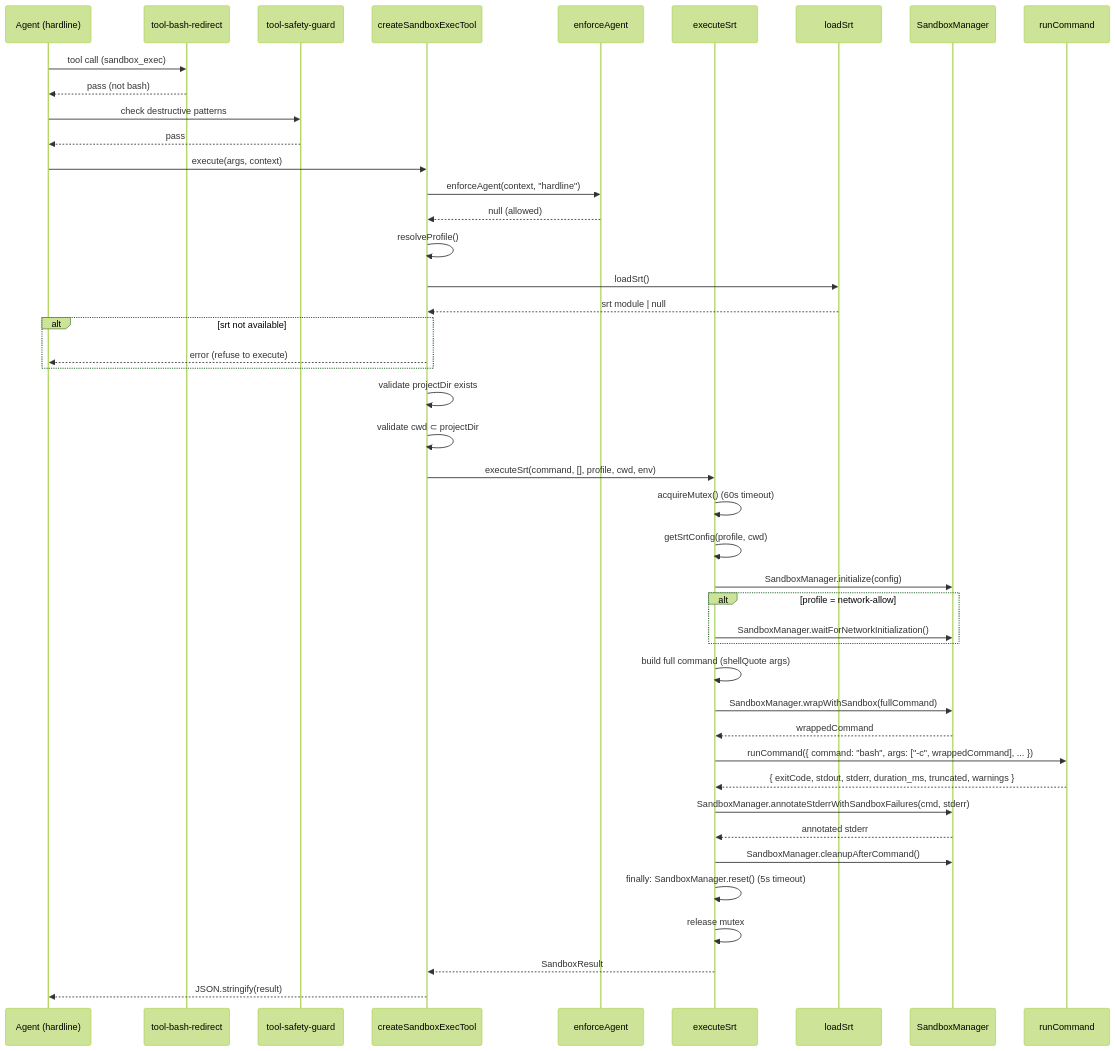
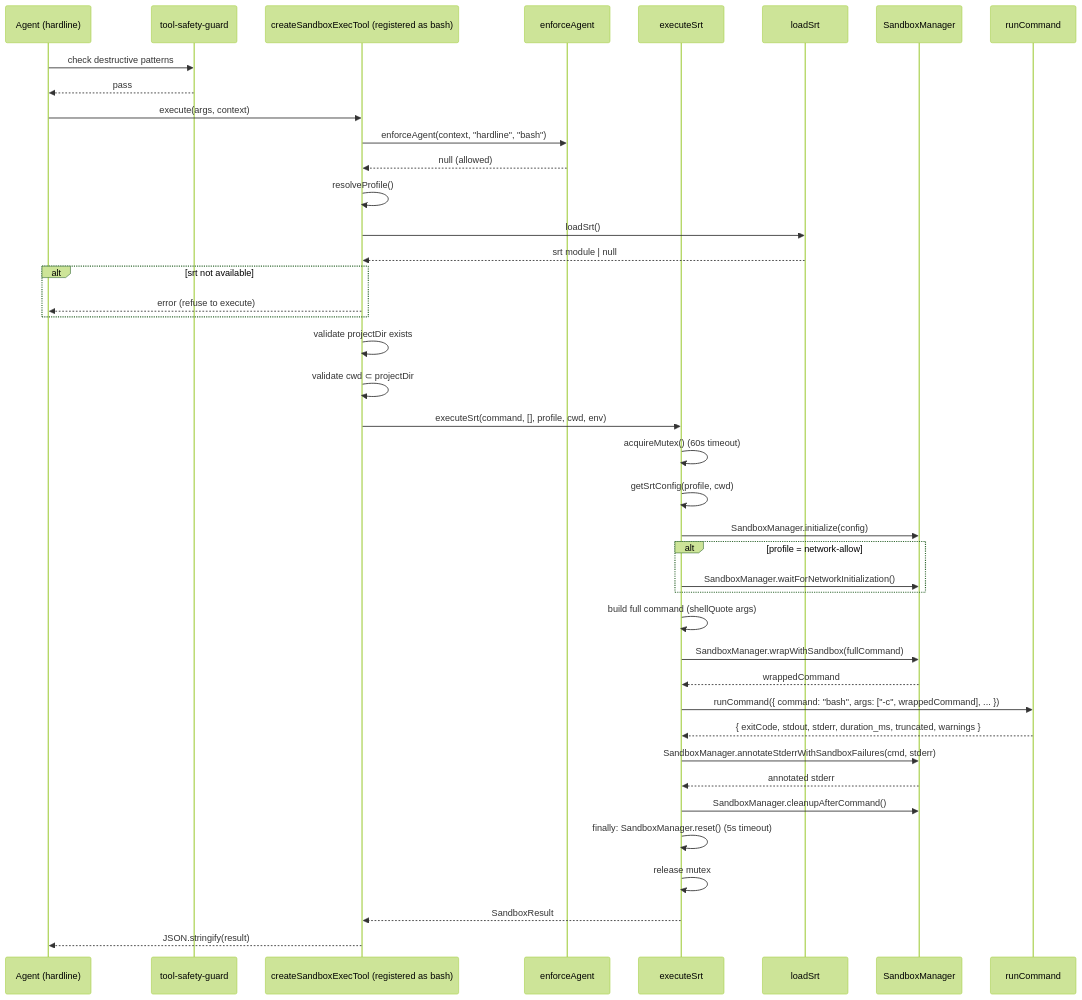
One commit to gitbluf/neurogrid changed the first of 3 diagrams in docs/SANDBOX_ARCHITECTURE.md. Above: the diagram before and after it, drawn with Mermaid (forest theme). The commit also changed other lines of this file and 21 other files, not shown here.

````diff
--- a/docs/SANDBOX_ARCHITECTURE.md
+++ b/docs/SANDBOX_ARCHITECTURE.md
@@ -27,47 +26,44 @@
 ```mermaid
 sequenceDiagram
 	participant Agent as Agent (hardline)
-	participant Hook1 as tool-bash-redirect
 	participant Hook2 as tool-safety-guard
-	participant Tool as createSandboxExecTool
+	participant Tool as createSandboxExecTool (registered as bash)
 	participant Guard as enforceAgent
 	participant SRT as executeSrt
 	participant Loader as loadSrt
 	participant Manager as SandboxManager
 	participant Run as runCommand
 
-	Agent->>Hook1: tool call (sandbox_exec)
-	Hook1-->>Agent: pass (not bash)
 	Agent->>Hook2: check destructive patterns
 	Hook2-->>Agent: pass
 	Agent->>Tool: execute(args, context)
-	Tool->>Guard: enforceAgent(context, "hardline")
+	Tool->>Guard: enforceAgent(context, "hardline", "bash")
 	Guard-->>Tool: null (allowed)
 	Tool->>Tool: resolveProfile()
 	Tool->>Loader: loadSrt()
 	Loader-->>Tool: srt module | null
 	alt srt not available
 		Tool-->>Agent: error (refuse to execute)
 	end
 	Tool->>Tool: validate projectDir exists
 	Tool->>Tool: validate cwd ⊂ projectDir
 	Tool->>SRT: executeSrt(command, [], profile, cwd, env)
 	SRT->>SRT: acquireMutex() (60s timeout)
 	SRT->>SRT: getSrtConfig(profile, cwd)
 	SRT->>Manager: SandboxManager.initialize(config)
 	alt profile = network-allow
 		SRT->>Manager: SandboxManager.waitForNetworkInitialization()
 	end
 	SRT->>SRT: build full command (shellQuote args)
 	SRT->>Manager: SandboxManager.wrapWithSandbox(fullCommand)
 	Manager-->>SRT: wrappedCommand
 	SRT->>Run: runCommand({ command: "bash", args: ["-c", wrappedCommand], ... })
 	Run-->>SRT: { exitCode, stdout, stderr, duration_ms, truncated, warnings }
 	SRT->>Manager: SandboxManager.annotateStderrWithSandboxFailures(cmd, stderr)
 	Manager-->>SRT: annotated stderr
 	SRT->>Manager: SandboxManager.cleanupAfterCommand()
 	SRT->>SRT: finally: SandboxManager.reset() (5s timeout)
 	SRT->>SRT: release mutex
 	SRT-->>Tool: SandboxResult
 	Tool-->>Agent: JSON.stringify(result)
 ```
````
